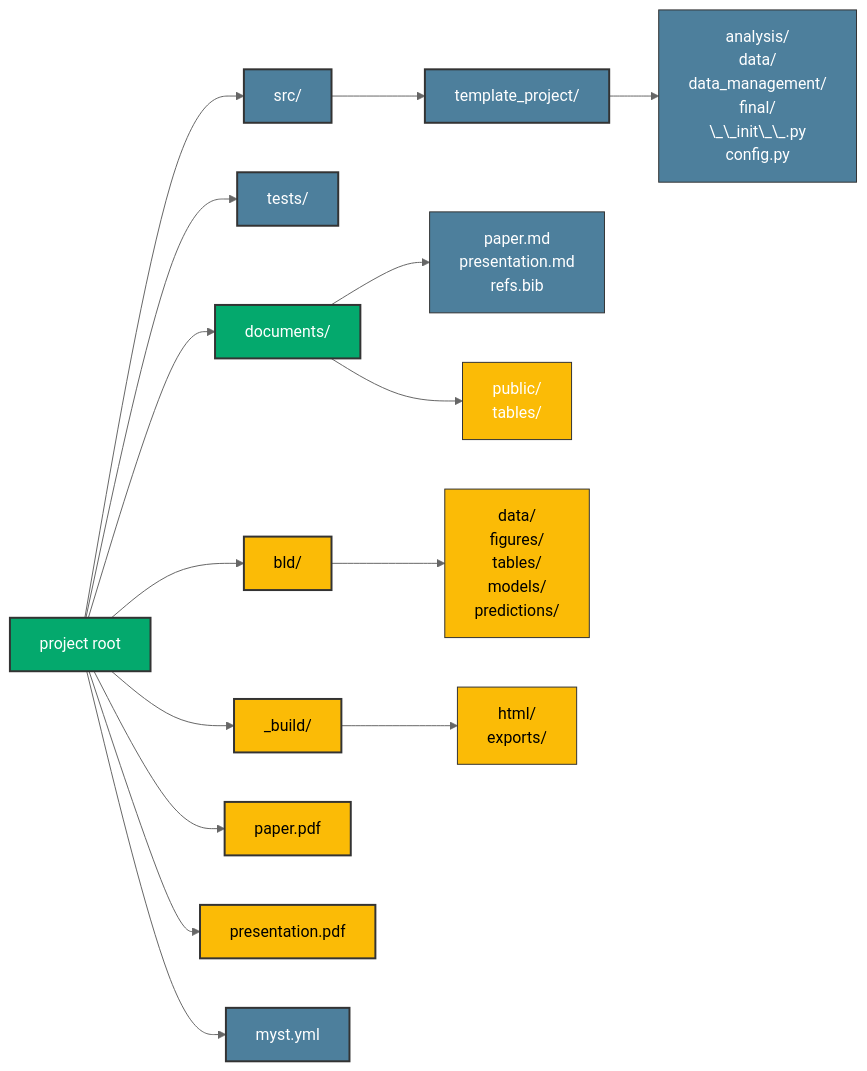
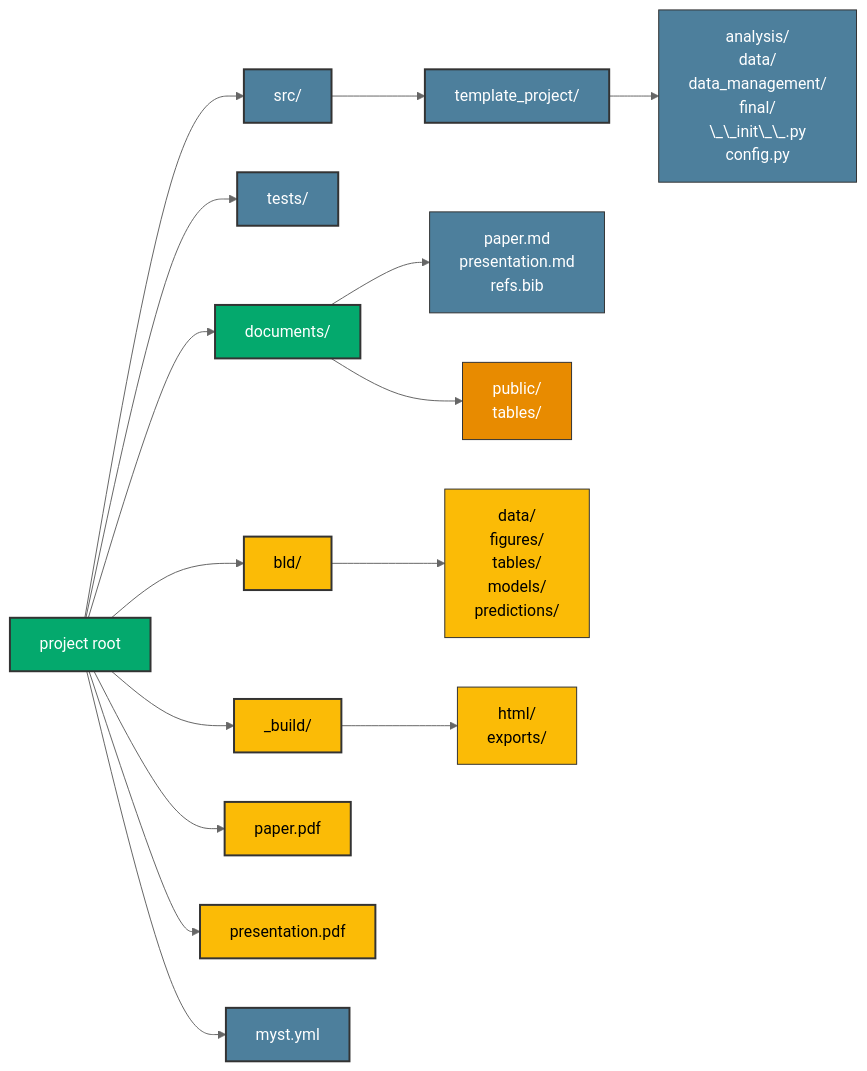
Before and after one commit to OpenSourceEconomics/econ-project-templates: the first of 2 diagrams in docs_template/source/background/directory_structure.md, drawn with Mermaid (neutral theme). The commit also changed other lines of this file and 2 other files, not shown here.

````diff
--- a/docs_template/source/background/directory_structure.md
+++ b/docs_template/source/background/directory_structure.md
@@ -10,51 +10,51 @@
 ```{mermaid}
 flowchart LR
     Root["project root"]
 
     Src["src/"]
     SrcSub["template_project/"]
     SrcSubDir["analysis/<br/>data/<br/>data_management/<br/>final/<br/>\_\_init\_\_.py<br/>config.py"]
     Tests["tests/"]
     Documents["documents/"]
     DocumentsSource["paper.md<br/>presentation.md<br/>refs.bib"]
     DocumentsOutput["public/<br/>tables/"]
     Bld["bld/"]
     BldSub["data/<br/>figures/<br/>tables/<br/>models/<br/>predictions/"]
     Build["_build/"]
     BuildSub["html/<br/>exports/"]
     Paper["paper.pdf"]
     Presentation["presentation.pdf"]
     MystYml["myst.yml"]
 
+    Root --> Src
+    Root --> Tests
     Root --> MystYml
+    Root --> Documents
+    Root --> Bld
+    Root --> Build
     Root --> Paper
     Root --> Presentation
-    Root --> Build
-    Root --> Bld
-    Root --> Documents
-    Root --> Src
-    Root --> Tests
 
-    Build --> BuildSub
-    Bld --> BldSub
+    Src --> SrcSub
+    SrcSub --> SrcSubDir
     Documents --> DocumentsSource
     Documents --> DocumentsOutput
-    Src --> SrcSub
-    SrcSub --> SrcSubDir
+    Bld --> BldSub
+    Build --> BuildSub
 
     style Root fill:#04A96D,stroke:#333,stroke-width:2px,color:#fff
+    style Src fill:#4d7f9c,stroke:#333,stroke-width:2px,color:#fff
+    style SrcSub fill:#4d7f9c,stroke:#333,stroke-width:2px,color:#fff
+    style SrcSubDir fill:#4d7f9c,stroke:#333,stroke-width:1px,color:#fff
+    style Tests fill:#4d7f9c,stroke:#333,stroke-width:2px,color:#fff
+    style MystYml fill:#4d7f9c,stroke:#333,stroke-width:2px,color:#fff
+    style Documents fill:#04A96D,stroke:#333,stroke-width:2px,color:#fff
+    style DocumentsSource fill:#4d7f9c,stroke:#333,stroke-width:1px,color:#fff
+    style DocumentsOutput fill:#E88B00,stroke:#333,stroke-width:1px,color:#fff
     style Bld fill:#FBBB06,stroke:#333,stroke-width:2px,color:#000
+    style BldSub fill:#FBBB06,stroke:#333,stroke-width:1px,color:#000
     style Build fill:#FBBB06,stroke:#333,stroke-width:2px,color:#000
     style BuildSub fill:#FBBB06,stroke:#333,stroke-width:1px,color:#000
-    style Documents fill:#04A96D,stroke:#333,stroke-width:2px,color:#fff
     style Paper fill:#FBBB06,stroke:#333,stroke-width:2px,color:#000
     style Presentation fill:#FBBB06,stroke:#333,stroke-width:2px,color:#000
-    style MystYml fill:#4d7f9c,stroke:#333,stroke-width:2px,color:#fff
-    style Src fill:#4d7f9c,stroke:#333,stroke-width:2px,color:#fff
-    style Tests fill:#4d7f9c,stroke:#333,stroke-width:2px,color:#fff
-    style BldSub fill:#FBBB06,stroke:#333,stroke-width:1px,color:#000
-    style DocumentsSource fill:#4d7f9c,stroke:#333,stroke-width:1px,color:#fff
-    style DocumentsOutput fill:#FBBB06,stroke:#333,stroke-width:1px,color:#fff
-    style SrcSub fill:#4d7f9c,stroke:#333,stroke-width:2px,color:#fff
-    style SrcSubDir fill:#4d7f9c,stroke:#333,stroke-width:1px,color:#fff
 ```
````
